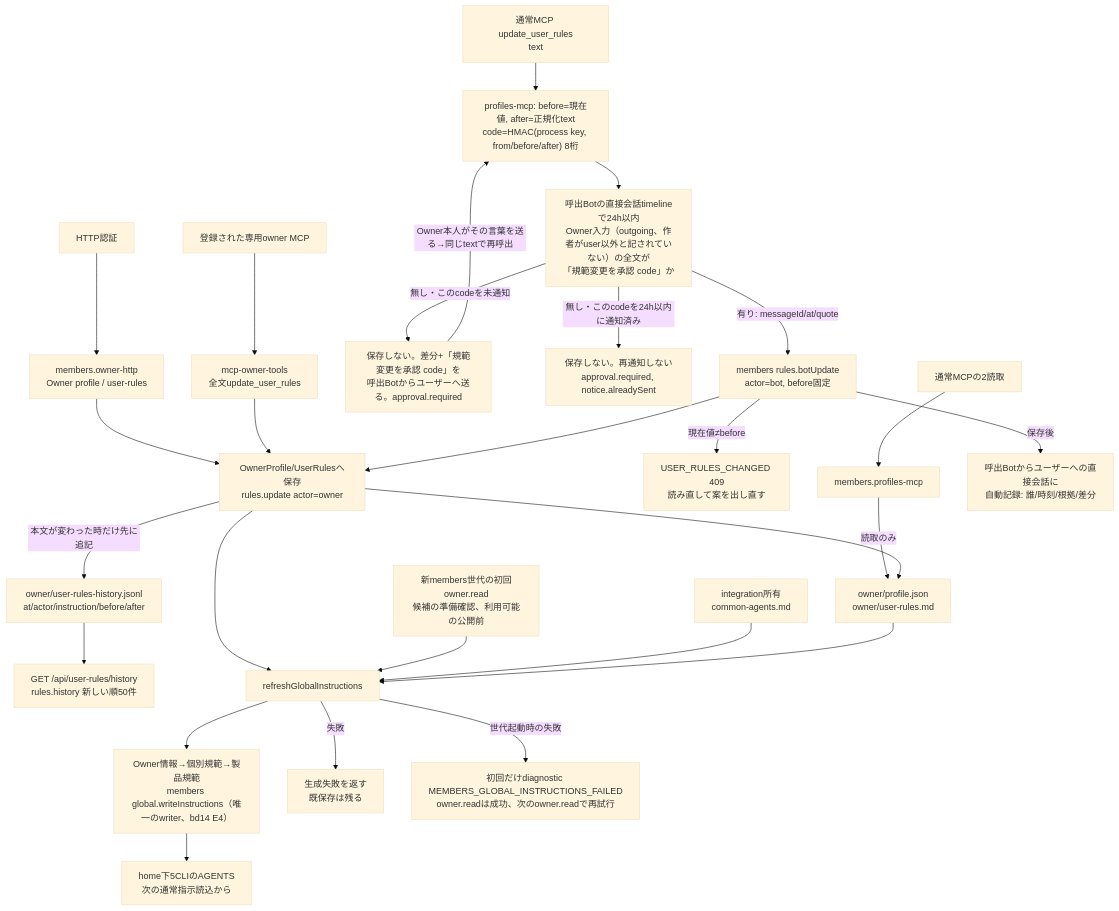
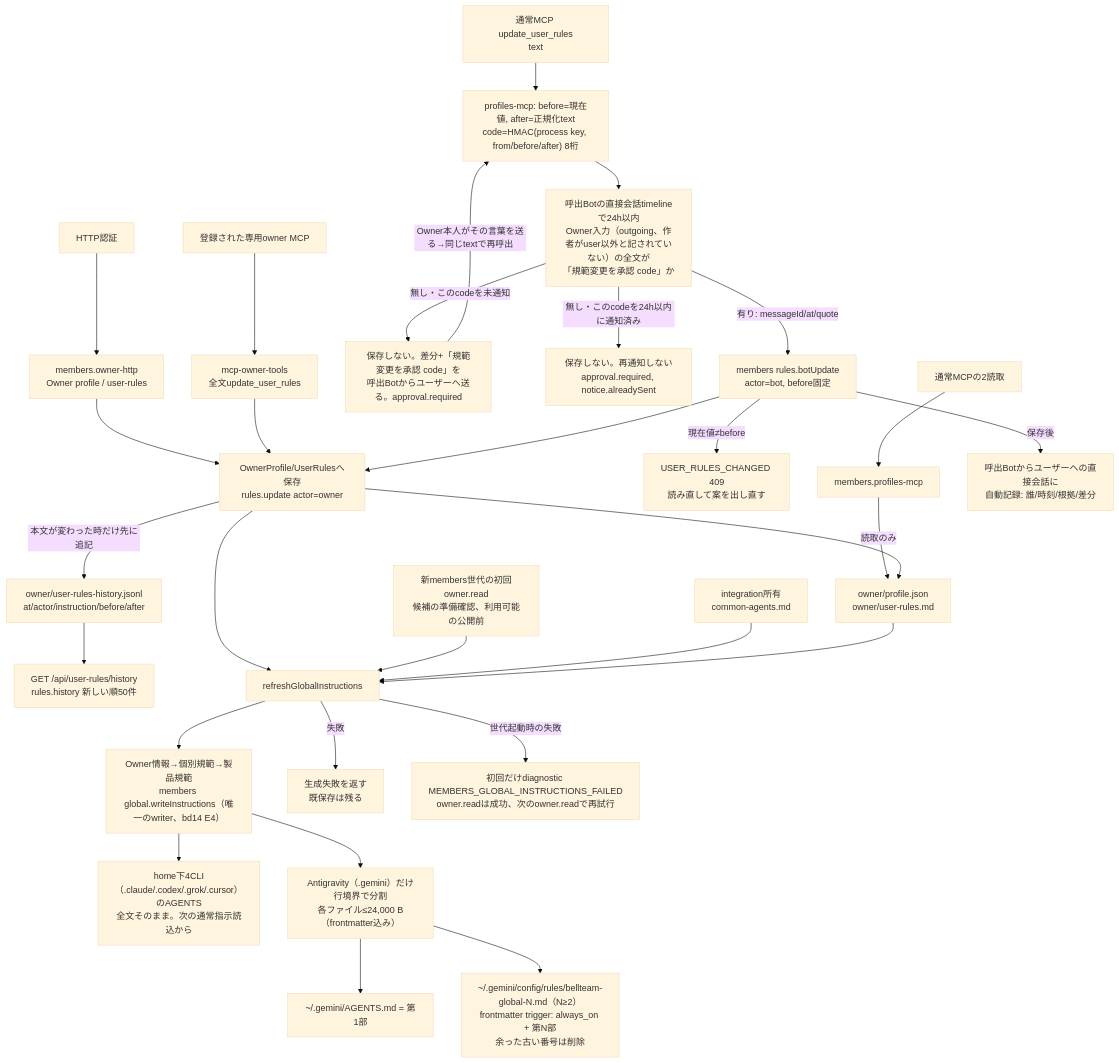
One commit to kitepon/BellTeam changed the first of 3 diagrams in docs/architecture/modules/members/instructions.md. Above: the diagram before and after it, drawn with Mermaid (base theme). The commit also changed other lines of this file and 3 other files, not shown here.

First line of the commit message:
members: split the Antigravity global instructions into <=24,000 B rule files

````diff
--- a/docs/architecture/modules/members/instructions.md
+++ b/docs/architecture/modules/members/instructions.md
@@ -5,29 +5,32 @@
 ```mermaid
 flowchart TD
   Http["HTTP認証"] --> Owner["members.owner-http<br/>Owner profile / user-rules"]
   Read["通常MCPの2読取"] --> Member["members.profiles-mcp"]
   BotWrite["通常MCP update_user_rules<br/>text"] --> Code["profiles-mcp: before=現在値, after=正規化text<br/>code=HMAC(process key, from/before/after) 8桁"]
   Code --> Proof["呼出Botの直接会話timelineで24h以内<br/>Owner入力（outgoing、作者がuser以外と記されていない）の全文が<br/>「規範変更を承認 code」か"]
   Proof -->|"無し・このcodeを未通知"| Proposal["保存しない。差分+「規範変更を承認 code」を<br/>呼出Botからユーザーへ送る。approval.required"]
   Proof -->|"無し・このcodeを24h以内に通知済み"| Pending["保存しない。再通知しない<br/>approval.required, notice.alreadySent"]
   Proposal -->|"Owner本人がその言葉を送る→同じtextで再呼出"| Code
   Proof -->|"有り: messageId/at/quote"| BotSave["members rules.botUpdate<br/>actor=bot, before固定"]
   BotSave -->|"現在値≠before"| Changed["USER_RULES_CHANGED 409<br/>読み直して案を出し直す"]
   Dedicated["登録された専用owner MCP"] --> Rules["mcp-owner-tools<br/>全文update_user_rules"]
   Owner --> Save["OwnerProfile/UserRulesへ保存<br/>rules.update actor=owner"]
   Rules --> Save
   BotSave --> Save
   Member -->|"読取のみ"| Data["owner/profile.json<br/>owner/user-rules.md"]
   Save -->|"本文が変わった時だけ先に追記"| History["owner/user-rules-history.jsonl<br/>at/actor/instruction/before/after"]
   Save --> Data
   History --> HistoryApi["GET /api/user-rules/history<br/>rules.history 新しい順50件"]
   BotSave -->|"保存後"| Notice["呼出Botからユーザーへの直接会話に<br/>自動記録: 誰/時刻/根拠/差分"]
   Save --> Refresh["refreshGlobalInstructions"]
   Generation["新members世代の初回owner.read<br/>候補の準備確認、利用可能の公開前"] --> Refresh
   Common["integration所有<br/>common-agents.md"] --> Refresh
   Data --> Refresh
   Refresh --> Write["Owner情報→個別規範→製品規範<br/>members global.writeInstructions（唯一のwriter、bd14 E4）"]
-  Write --> Globals["home下5CLIのAGENTS<br/>次の通常指示読込から"]
+  Write --> Globals["home下4CLI（.claude/.codex/.grok/.cursor）のAGENTS<br/>全文そのまま。次の通常指示読込から"]
+  Write --> Split["Antigravity（.gemini）だけ行境界で分割<br/>各ファイル≤24,000 B（frontmatter込み）"]
+  Split --> GeminiMain["~/.gemini/AGENTS.md = 第1部"]
+  Split --> GeminiRules["~/.gemini/config/rules/bellteam-global-N.md（N≥2）<br/>frontmatter trigger: always_on + 第N部<br/>余った古い番号は削除"]
   Refresh -->|"失敗"| Failure["生成失敗を返す<br/>既保存は残る"]
   Refresh -->|"世代起動時の失敗"| Diagnostic["初回だけdiagnostic MEMBERS_GLOBAL_INSTRUCTIONS_FAILED<br/>owner.readは成功、次のowner.readで再試行"]
 ```
````
